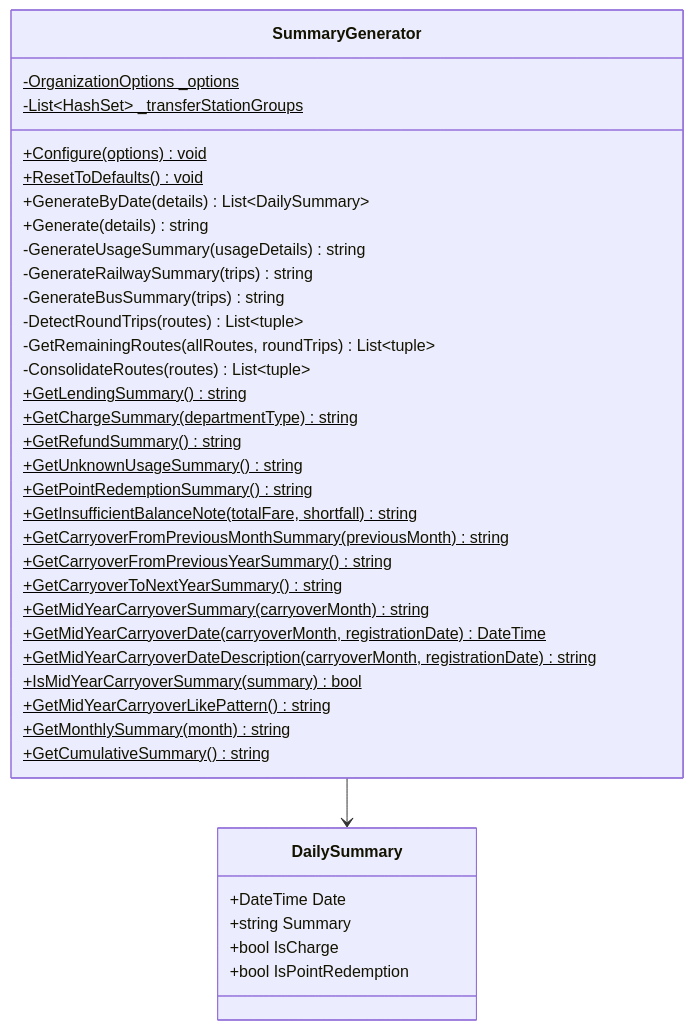
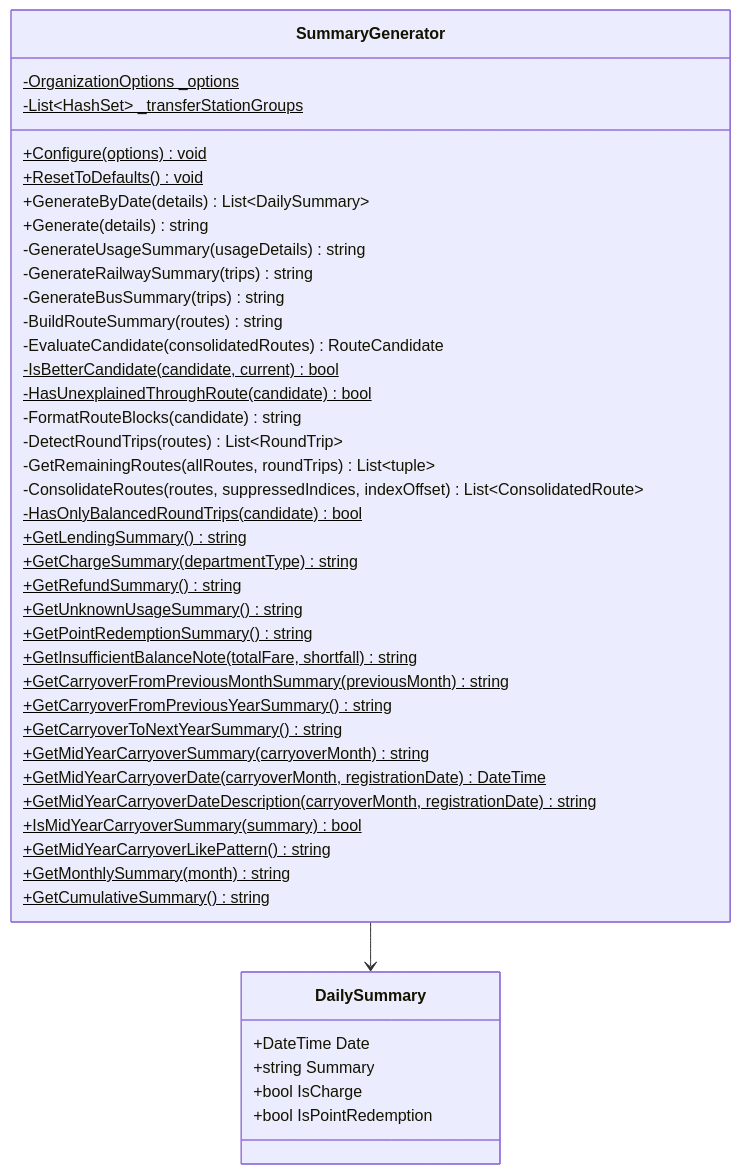
The sixth of 52 diagrams in ICCardManager/docs/design/05_クラス設計書.md (kuwayamamasayuki/ICCardManager), drawn with Mermaid before and after one commit. The commit also changed other lines of this file and 7 other files, not shown here.

````diff
--- a/ICCardManager/docs/design/05_クラス設計書.md
+++ b/ICCardManager/docs/design/05_クラス設計書.md
@@ -629,42 +629,48 @@
 ```mermaid
 classDiagram
     class SummaryGenerator {
         -OrganizationOptions _options$
         -List~HashSet~ _transferStationGroups$
         +Configure(options)$ void
         +ResetToDefaults()$ void
         +GenerateByDate(details) List~DailySummary~
         +Generate(details) string
         -GenerateUsageSummary(usageDetails) string
         -GenerateRailwaySummary(trips) string
         -GenerateBusSummary(trips) string
-        -DetectRoundTrips(routes) List~tuple~
+        -BuildRouteSummary(routes) string
+        -EvaluateCandidate(consolidatedRoutes) RouteCandidate
+        -IsBetterCandidate(candidate, current)$ bool
+        -HasUnexplainedThroughRoute(candidate)$ bool
+        -FormatRouteBlocks(candidate) string
+        -DetectRoundTrips(routes) List~RoundTrip~
         -GetRemainingRoutes(allRoutes, roundTrips) List~tuple~
-        -ConsolidateRoutes(routes) List~tuple~
+        -ConsolidateRoutes(routes, suppressedIndices, indexOffset) List~ConsolidatedRoute~
+        -HasOnlyBalancedRoundTrips(candidate)$ bool
         +GetLendingSummary()$ string
         +GetChargeSummary(departmentType)$ string
         +GetRefundSummary()$ string
         +GetUnknownUsageSummary()$ string
         +GetPointRedemptionSummary()$ string
         +GetInsufficientBalanceNote(totalFare, shortfall)$ string
         +GetCarryoverFromPreviousMonthSummary(previousMonth)$ string
         +GetCarryoverFromPreviousYearSummary()$ string
         +GetCarryoverToNextYearSummary()$ string
         +GetMidYearCarryoverSummary(carryoverMonth)$ string
         +GetMidYearCarryoverDate(carryoverMonth, registrationDate)$ DateTime
         +GetMidYearCarryoverDateDescription(carryoverMonth, registrationDate)$ string
         +IsMidYearCarryoverSummary(summary)$ bool
         +GetMidYearCarryoverLikePattern()$ string
         +GetMonthlySummary(month)$ string
         +GetCumulativeSummary()$ string
     }
 
     class DailySummary {
         +DateTime Date
         +string Summary
         +bool IsCharge
         +bool IsPointRedemption
     }
 
     SummaryGenerator --> DailySummary
 ```
````
